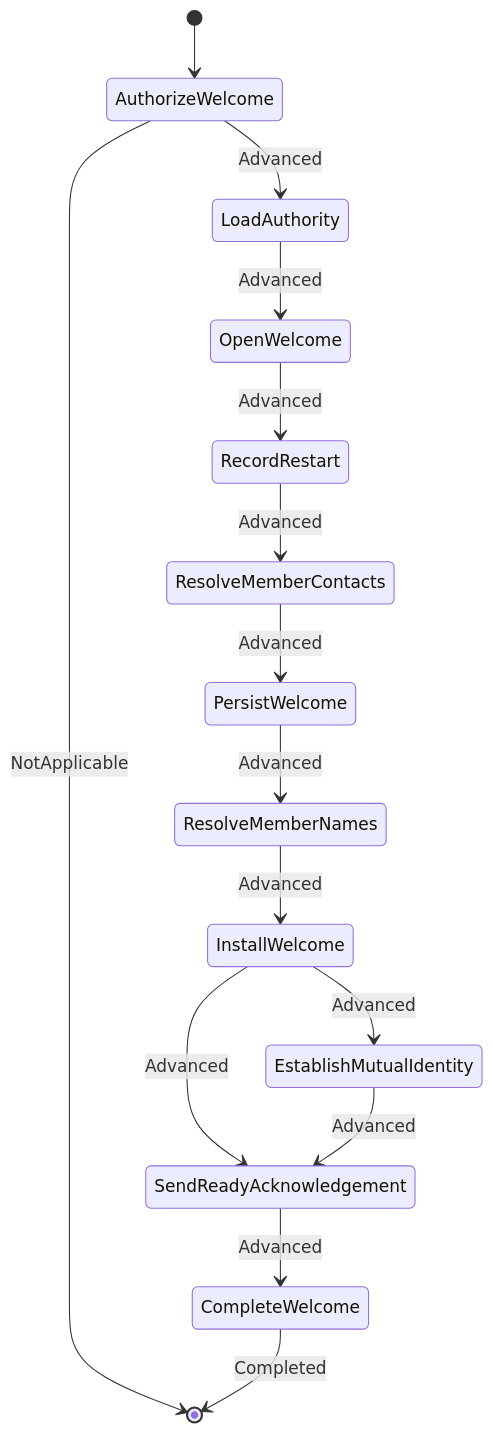
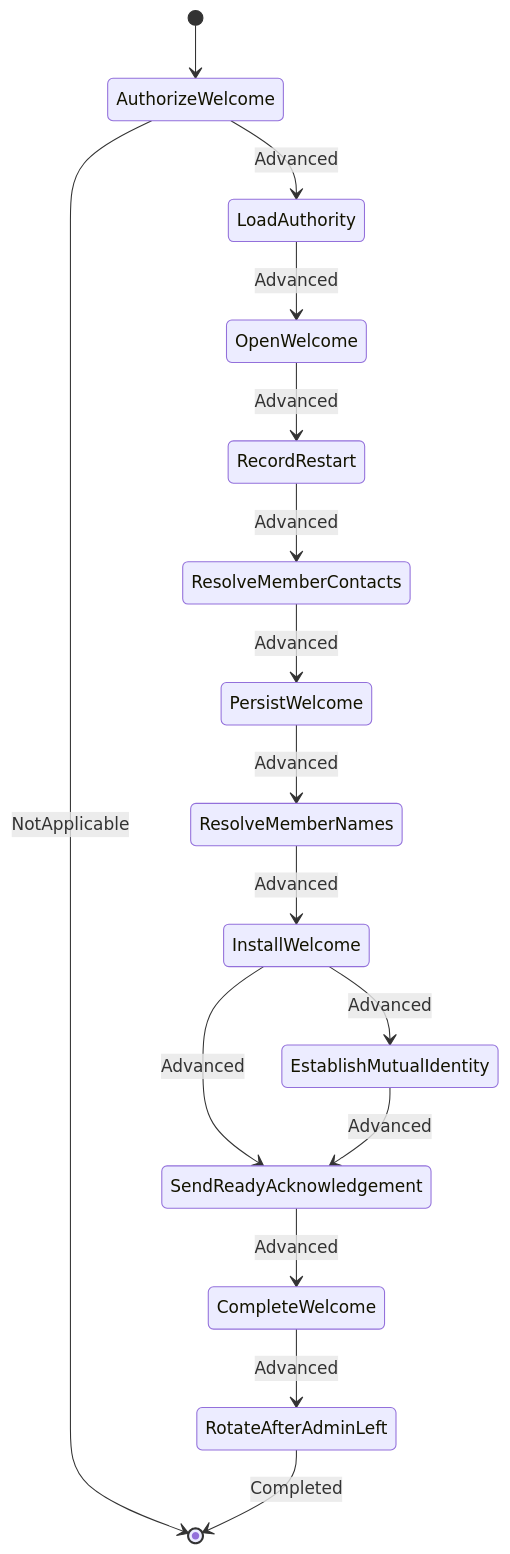
Diagram 21 of 31 in docs/architecture/workflows/incoming.md (cbgm/Sparrow), drawn with Mermaid before and after one commit. The commit also changed other lines of this file and 28 other files, not shown here.

````diff
--- a/docs/architecture/workflows/incoming.md
+++ b/docs/architecture/workflows/incoming.md
@@ -590,17 +591,18 @@
 ```mermaid
 stateDiagram-v2
     [*] --> AuthorizeWelcome
     AuthorizeWelcome --> LoadAuthority : Advanced
     AuthorizeWelcome --> [*] : NotApplicable
     LoadAuthority --> OpenWelcome : Advanced
     OpenWelcome --> RecordRestart : Advanced
     RecordRestart --> ResolveMemberContacts : Advanced
     ResolveMemberContacts --> PersistWelcome : Advanced
     PersistWelcome --> ResolveMemberNames : Advanced
     ResolveMemberNames --> InstallWelcome : Advanced
     InstallWelcome --> EstablishMutualIdentity : Advanced
     InstallWelcome --> SendReadyAcknowledgement : Advanced
     EstablishMutualIdentity --> SendReadyAcknowledgement : Advanced
     SendReadyAcknowledgement --> CompleteWelcome : Advanced
-    CompleteWelcome --> [*] : Completed
+    CompleteWelcome --> RotateAfterAdminLeft : Advanced
+    RotateAfterAdminLeft --> [*] : Completed
 ```
````
